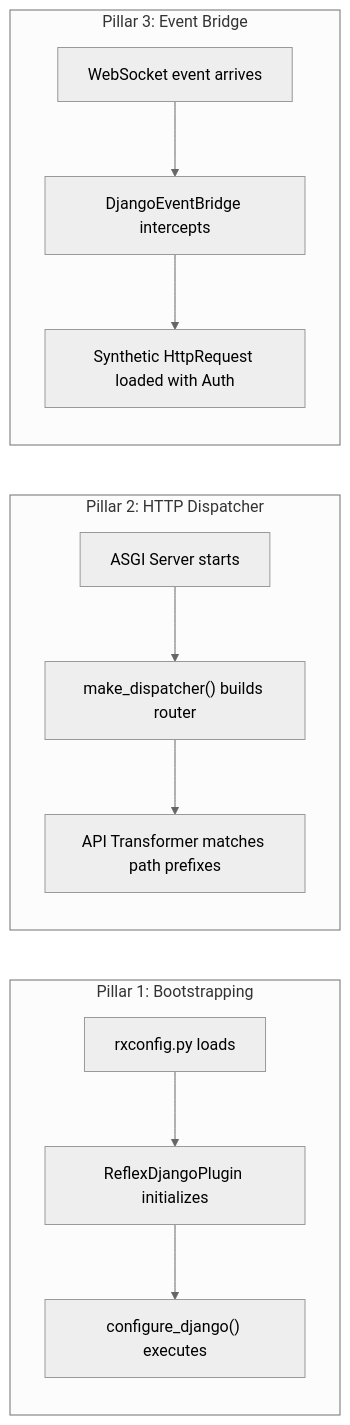
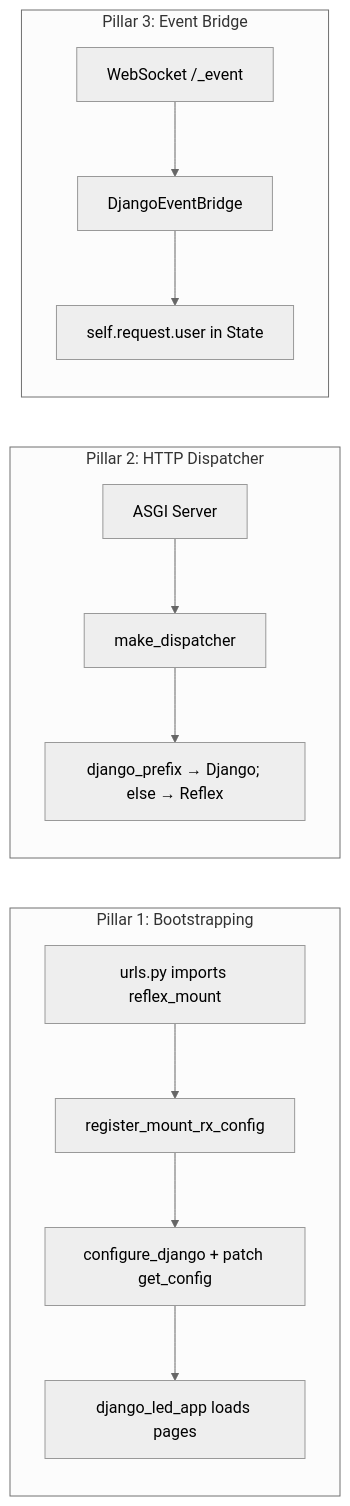
One commit to web7ai/reflex-django changed the first of 3 diagrams in docs/architecture.md. Above: the diagram before and after it, drawn with Mermaid (neutral theme). The commit also changed other lines of this file and 74 other files, not shown here.

Commit message:
chore: release version 0.4.0 with significant updates to Django-first integration, including improved routing, enhanced WebSocket support, and comprehensive documentation updates

````diff
--- a/docs/architecture.md
+++ b/docs/architecture.md
@@ -13,17 +11,18 @@
 ```mermaid
 flowchart LR
     subgraph pillar1["Pillar 1: Bootstrapping"]
-        A["rxconfig.py loads"] --> B["ReflexDjangoPlugin initializes"]
-        B --> C["configure_django() executes"]
+        A["urls.py imports reflex_mount"] --> B["register_mount_rx_config"]
+        B --> C["configure_django + patch get_config"]
+        C --> D["django_led_app loads pages"]
     end
     
     subgraph pillar2["Pillar 2: HTTP Dispatcher"]
-        D["ASGI Server starts"] --> E["make_dispatcher() builds router"]
-        E --> F["API Transformer matches path prefixes"]
+        E["ASGI Server"] --> F["make_dispatcher"]
+        F --> G["django_prefix → Django; else → Reflex"]
     end
     
     subgraph pillar3["Pillar 3: Event Bridge"]
-        G["WebSocket event arrives"] --> H["DjangoEventBridge intercepts"]
-        H --> I["Synthetic HttpRequest loaded with Auth"]
+        H["WebSocket /_event"] --> I["DjangoEventBridge"]
+        I --> J["self.request.user in State"]
     end
 ```
````
